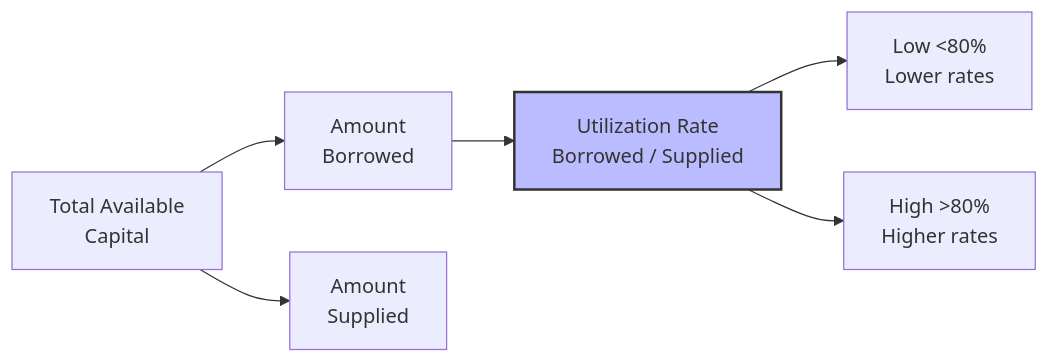
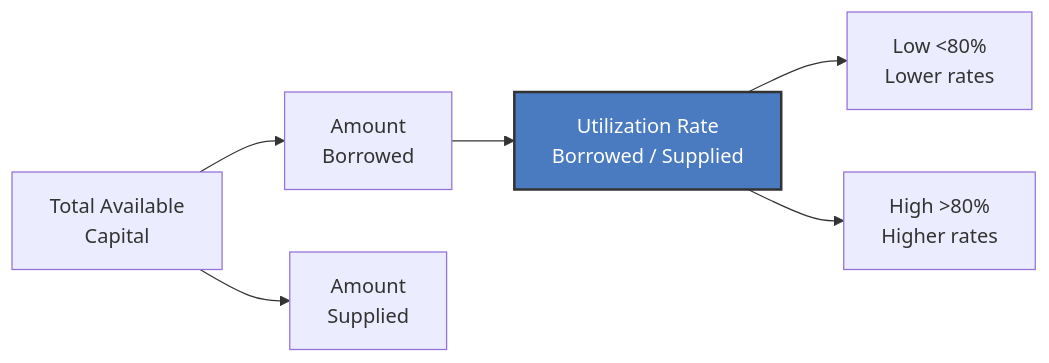
The sixth of 7 diagrams in docs/defi/alp/credit-market-mechanics.md (onflow/docs), drawn with Mermaid before and after one commit. The commit also changed other lines of this file and 12 other files, not shown here.

````diff
--- a/docs/defi/alp/credit-market-mechanics.md
+++ b/docs/defi/alp/credit-market-mechanics.md
@@ -253,12 +253,12 @@
 ```mermaid
 graph LR
     Total[Total Available<br/>Capital] --> Borrowed[Amount<br/>Borrowed]
     Total --> Available[Amount<br/>Supplied]
 
     Borrowed --> Util[Utilization Rate<br/>Borrowed / Supplied]
 
     Util --> Low[Low <80%<br/>Lower rates]
     Util --> High[High >80%<br/>Higher rates]
 
-    style Util fill:#bbf,stroke:#333,stroke-width:2px
+    style Util fill:#4a7abf,stroke:#333,stroke-width:2px,color:#fff
 ```
````
